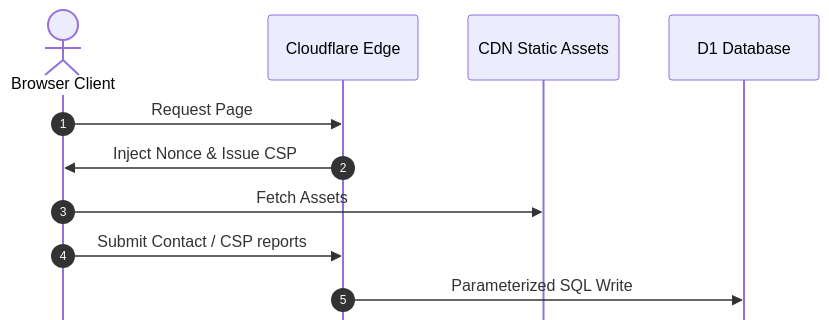
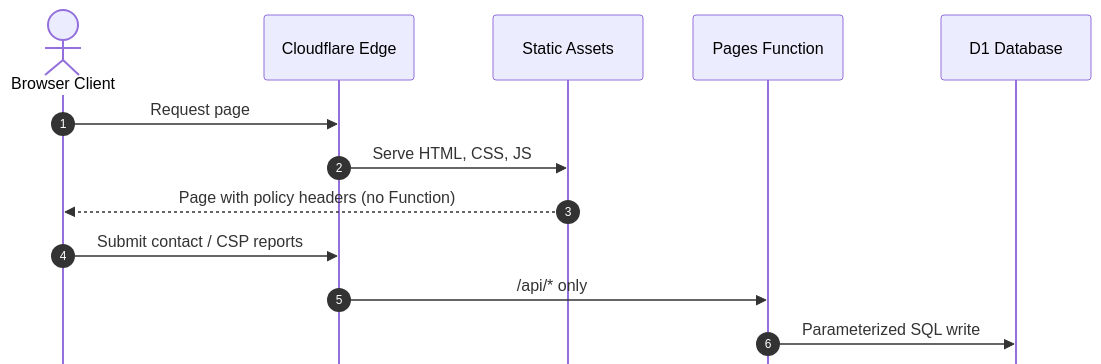
Before and after one commit to joeseverino/jseverino.com: the diagram in docs/diagrams/edge-request-flow.mmd, drawn with Mermaid. The commit also changed 161 other files, not shown here.

First line of the commit message:
Serve pages as static assets under a build-time hash CSP (#119)

```diff
--- a/docs/diagrams/edge-request-flow.mmd
+++ b/docs/diagrams/edge-request-flow.mmd
@@ -1,13 +1,15 @@
 %%{init: { "sequence": { "mirrorActors": false } } }%%
 sequenceDiagram
     autonumber
     actor Client as Browser Client
     participant Edge as Cloudflare Edge
-    participant Static as CDN Static Assets
+    participant Static as Static Assets
+    participant Fn as Pages Function
     participant D1 as D1 Database
 
-    Client->>Edge: Request Page
-    Edge->>Client: Inject Nonce & Issue CSP
-    Client->>Static: Fetch Assets
-    Client->>Edge: Submit Contact / CSP reports
-    Edge->>D1: Parameterized SQL Write
+    Client->>Edge: Request page
+    Edge->>Static: Serve HTML, CSS, JS
+    Static-->>Client: Page with policy headers (no Function)
+    Client->>Edge: Submit contact / CSP reports
+    Edge->>Fn: /api/* only
+    Fn->>D1: Parameterized SQL write
```
